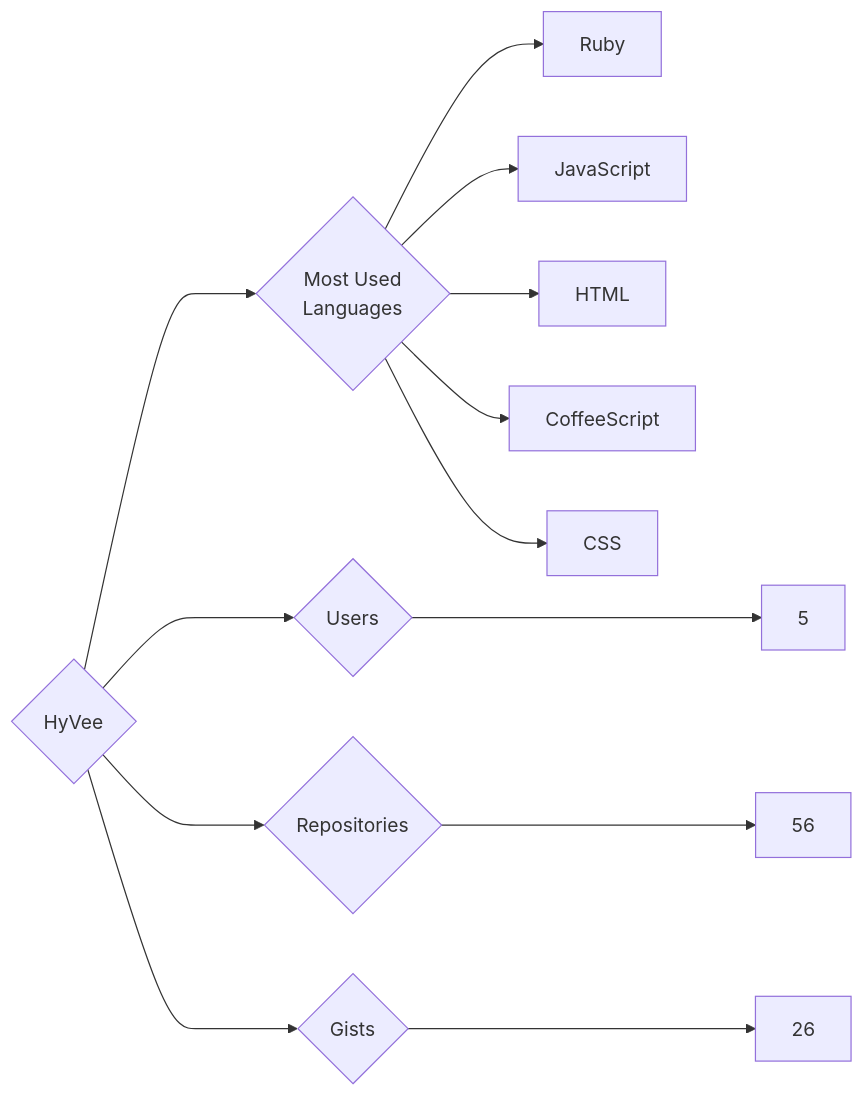
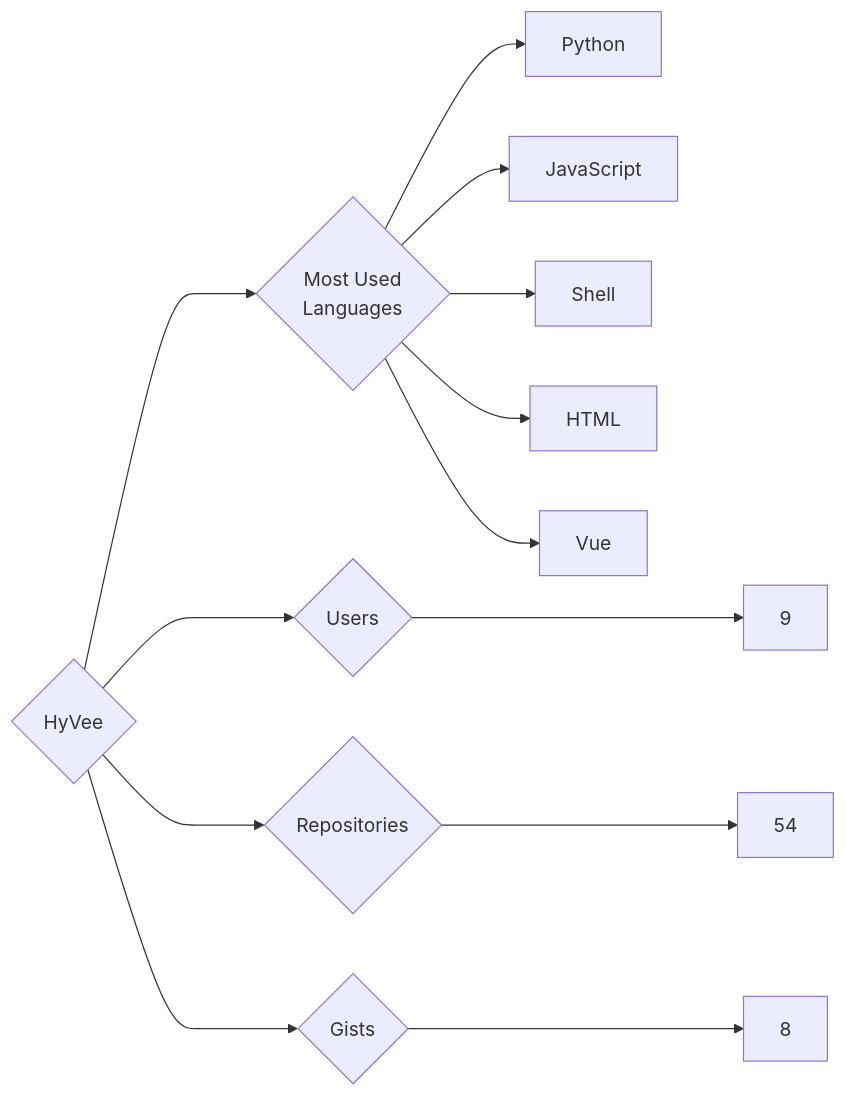
One commit to trickest/insiders changed the diagram in targets/HyVee/README.md. Above: the diagram before and after it, drawn with Mermaid. The commit also changed 681 other files, not shown here.

````diff
--- a/targets/HyVee/README.md
+++ b/targets/HyVee/README.md
@@ -3,13 +3,13 @@
 ```mermaid
 graph LR
 COMPANY_NAME{HyVee}
-COMPANY_NAME ---> U{Users} ---> UN[5]
-COMPANY_NAME ---> R{Repositories} ---> RN[56]
-COMPANY_NAME ---> G{Gists} ---> GN[26]
+COMPANY_NAME ---> U{Users} ---> UN[9]
+COMPANY_NAME ---> R{Repositories} ---> RN[54]
+COMPANY_NAME ---> G{Gists} ---> GN[8]
 COMPANY_NAME ---> ML{Most Used<br>Languages}
-ML --> Ruby[Ruby]
+ML --> Python[Python]
 ML --> JavaScript[JavaScript]
+ML --> Shell[Shell]
 ML --> HTML[HTML]
-ML --> CoffeeScript[CoffeeScript]
-ML --> CSS[CSS]
+ML --> Vue[Vue]
 ```
````
